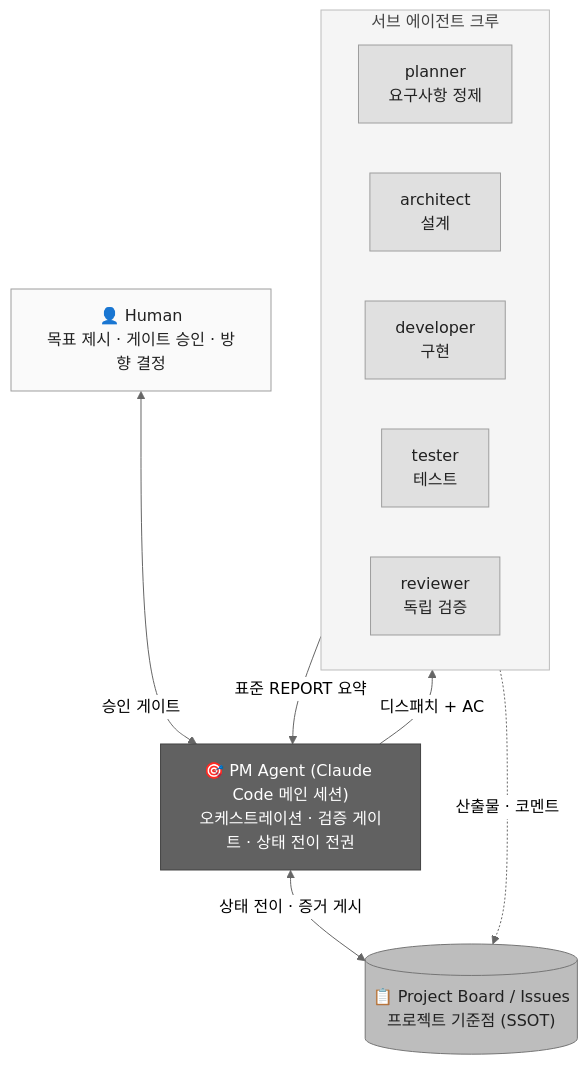
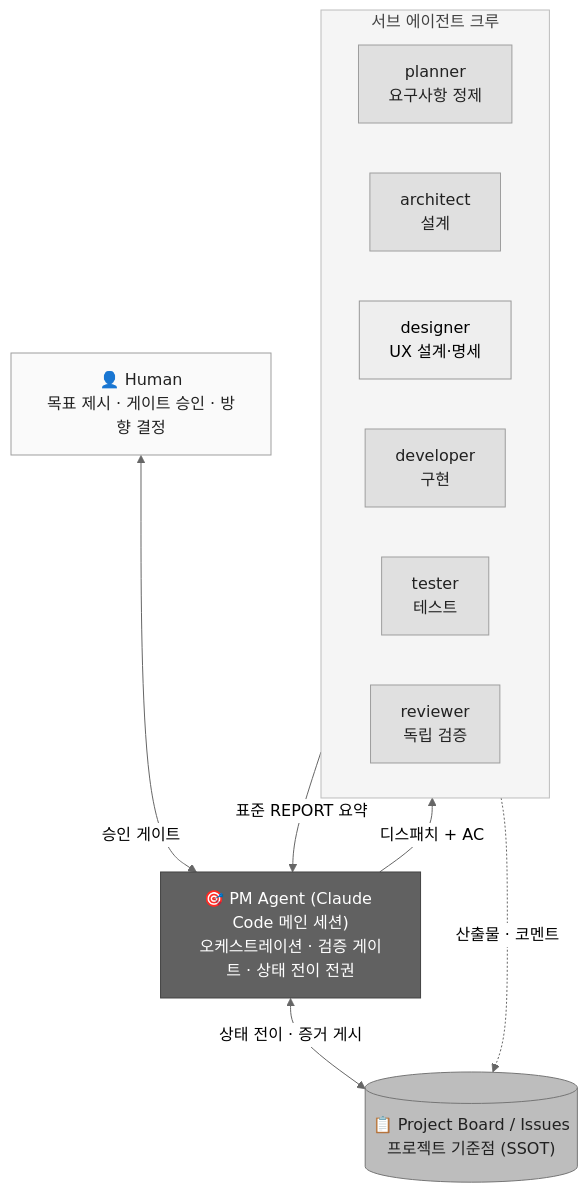
One commit to julio-kim/crewboard changed the diagram in README.md. Above: the diagram before and after it, drawn with Mermaid. The commit also changed other lines of this file and 1 other file, not shown here.

First line of the commit message:
docs: v1.5 설계 개선 — rolling-wave, /guide 커맨드, designer 에이전트 신설

````diff
--- a/README.md
+++ b/README.md
@@ -35,30 +35,31 @@
 ```mermaid
 %%{init: {'theme': 'neutral'}}%%
 flowchart TB
     H["👤 Human<br/>목표 제시 · 게이트 승인 · 방향 결정"]
     PM["🎯 PM Agent (Claude Code 메인 세션)<br/>오케스트레이션 · 검증 게이트 · 상태 전이 전권"]
     subgraph CREW["서브 에이전트 크루"]
         P[planner<br/>요구사항 정제]
         A[architect<br/>설계]
+        DS[designer<br/>UX 설계·명세]
         D[developer<br/>구현]
         T[tester<br/>테스트]
         R[reviewer<br/>독립 검증]
     end
     B[("📋 Project Board / Issues<br/>프로젝트 기준점 (SSOT)")]
 
     H <-->|승인 게이트| PM
     PM -->|디스패치 + AC| CREW
     CREW -->|표준 REPORT 요약| PM
     PM <-->|상태 전이 · 증거 게시| B
     CREW -.->|산출물 · 코멘트| B
 
     classDef human fill:#fafafa,stroke:#9e9e9e,color:#212121
     classDef pm fill:#616161,stroke:#424242,color:#ffffff
     classDef crew fill:#e0e0e0,stroke:#9e9e9e,color:#212121
     classDef board fill:#bdbdbd,stroke:#757575,color:#212121
     class H human
     class PM pm
     class P,A,D,T,R crew
     class B board
     style CREW fill:#f5f5f5,stroke:#bdbdbd,color:#424242
 ```
````
